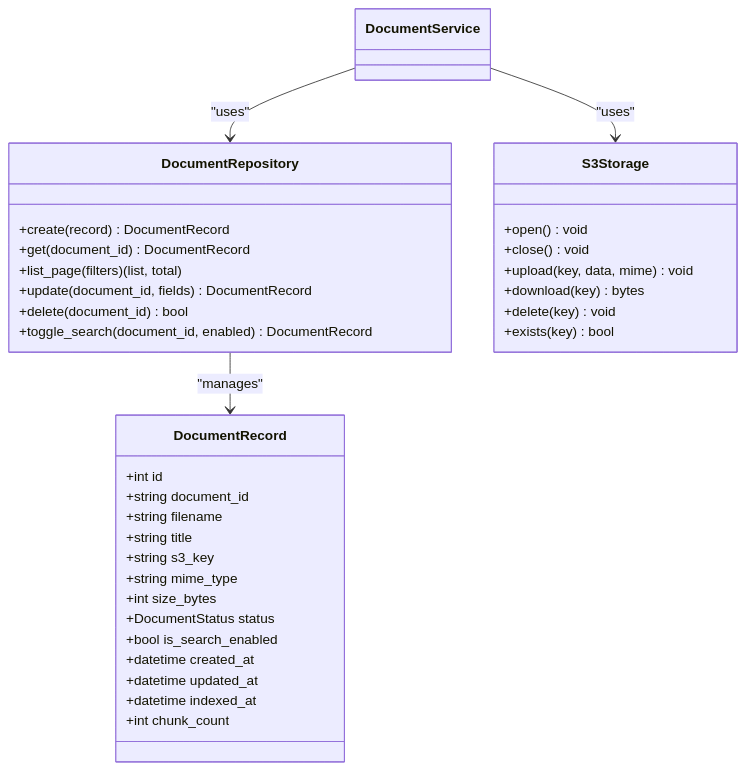
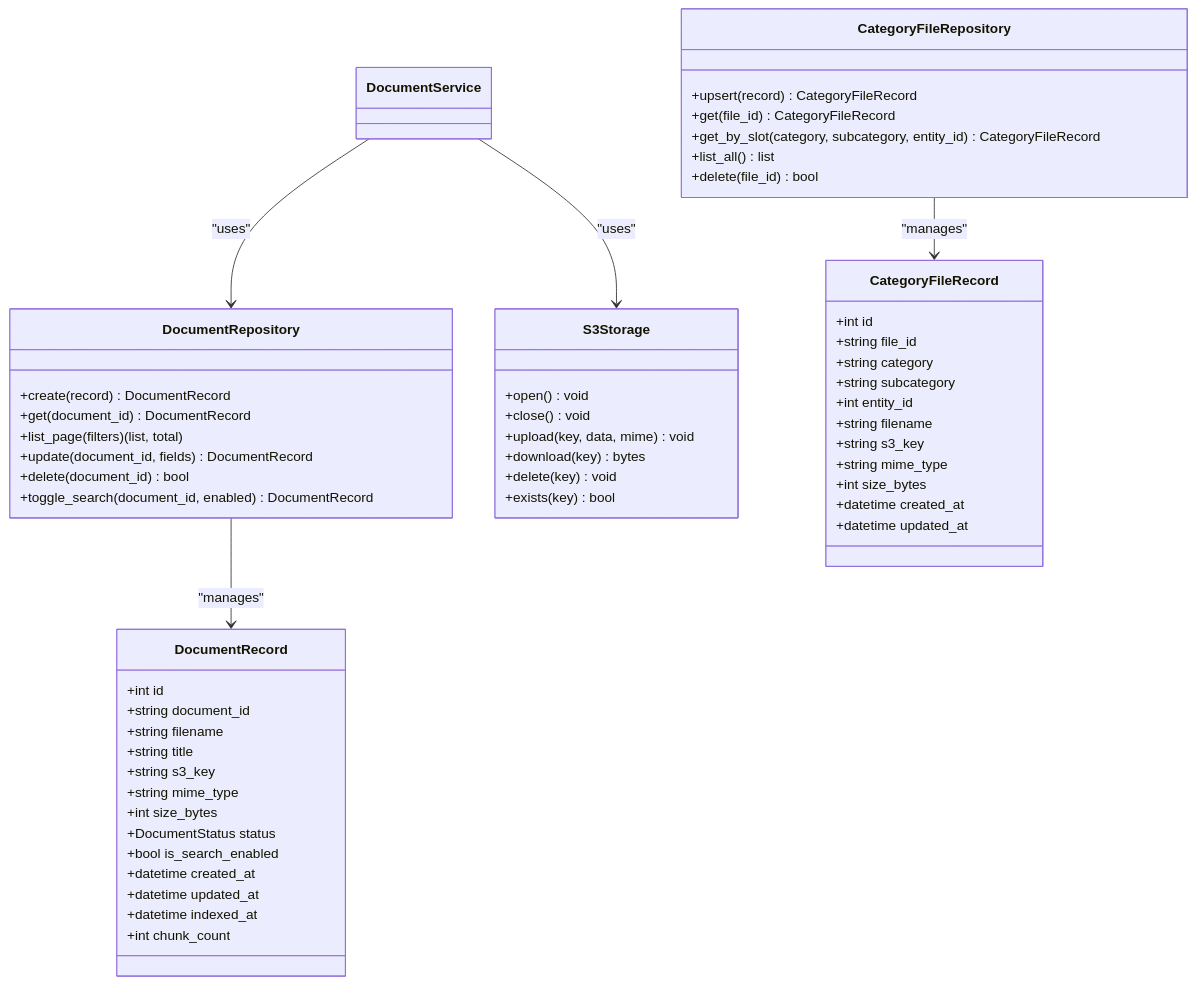
The sixth of 7 diagrams in .qoder/repowiki/en/content/API Reference/Resource Management System.md (ognelis/cafetera_hr_bot), drawn with Mermaid before and after one commit. The commit also changed other lines of this file and 13 other files, not shown here.

````diff
--- a/.qoder/repowiki/en/content/API Reference/Resource Management System.md
+++ b/.qoder/repowiki/en/content/API Reference/Resource Management System.md
@@ -319,37 +340,58 @@
 ```mermaid
 classDiagram
 class DocumentRepository {
 +create(record) DocumentRecord
 +get(document_id) DocumentRecord
 +list_page(filters) (list, total)
 +update(document_id, fields) DocumentRecord
 +delete(document_id) bool
 +toggle_search(document_id, enabled) DocumentRecord
+}
+class CategoryFileRepository {
++upsert(record) CategoryFileRecord
++get(file_id) CategoryFileRecord
++get_by_slot(category, subcategory, entity_id) CategoryFileRecord
++list_all() list
++delete(file_id) bool
 }
 class S3Storage {
 +open() void
 +close() void
 +upload(key, data, mime) void
 +download(key) bytes
 +delete(key) void
 +exists(key) bool
 }
 class DocumentRecord {
 +int id
 +string document_id
 +string filename
 +string title
 +string s3_key
 +string mime_type
 +int size_bytes
 +DocumentStatus status
 +bool is_search_enabled
 +datetime created_at
 +datetime updated_at
 +datetime indexed_at
 +int chunk_count
 }
+class CategoryFileRecord {
++int id
++string file_id
++string category
++string subcategory
++int entity_id
++string filename
++string s3_key
++string mime_type
++int size_bytes
++datetime created_at
++datetime updated_at
+}
 DocumentRepository --> DocumentRecord : "manages"
+CategoryFileRepository --> CategoryFileRecord : "manages"
 DocumentService --> DocumentRepository : "uses"
 DocumentService --> S3Storage : "uses"
 ```
````
